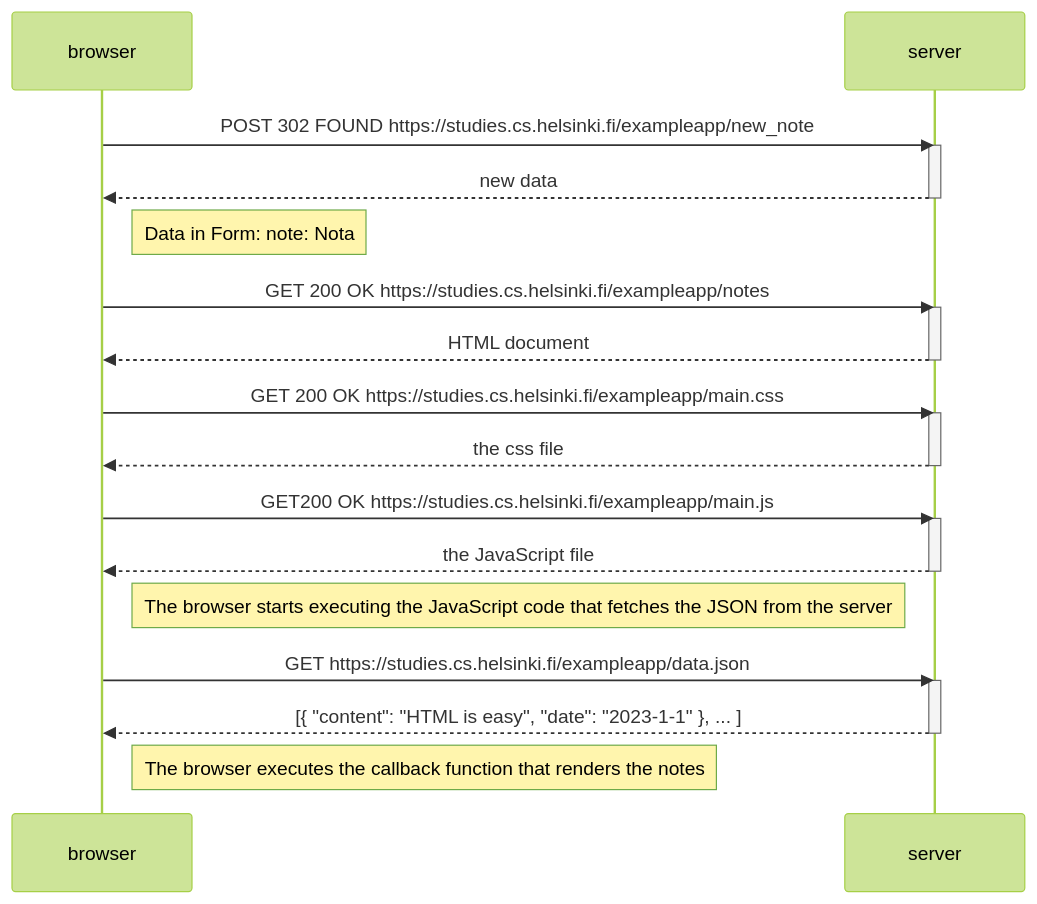
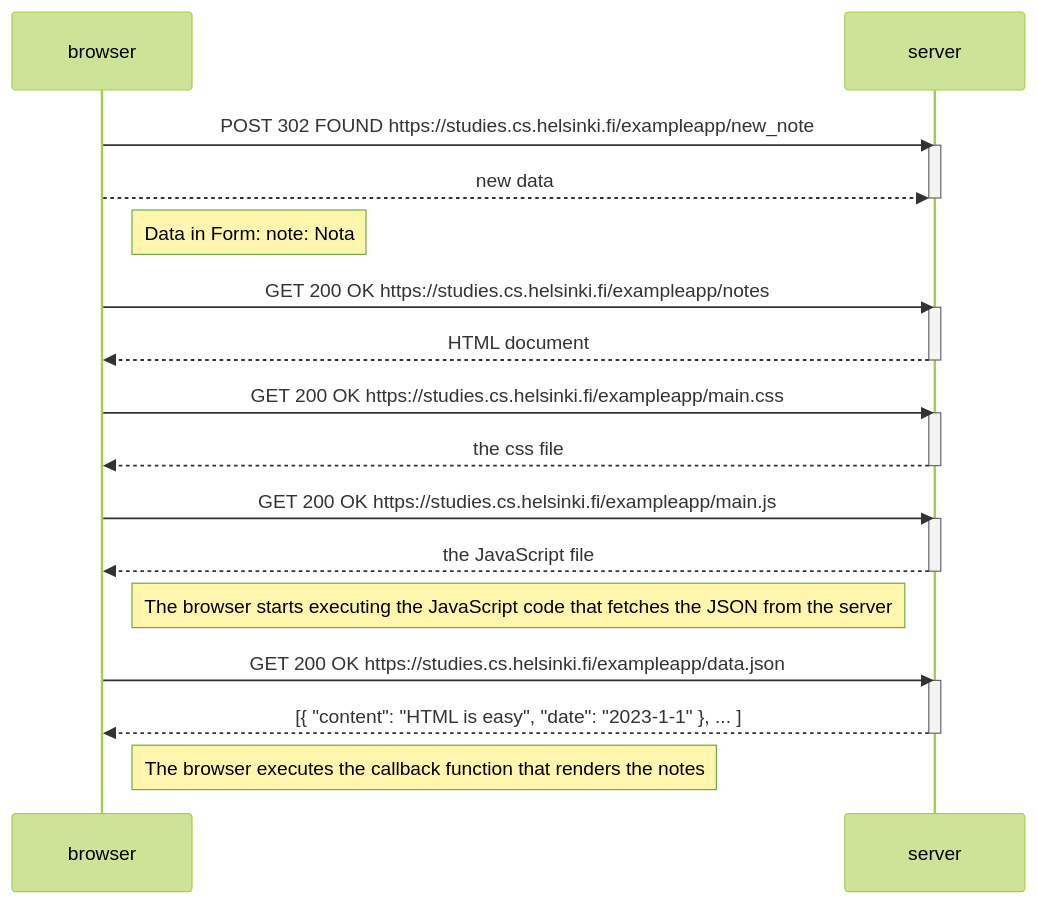
One commit to CarloselCIOR/part0 changed the first of 2 diagrams in README.md. Above: the diagram before and after it, drawn with Mermaid (forest theme). The commit also changed other lines of this file, not shown here.

````diff
--- a/README.md
+++ b/README.md
@@ -6,36 +6,36 @@
 ```mermaid
 sequenceDiagram
     participant browser
     participant server
 
     browser->>server: POST 302 FOUND https://studies.cs.helsinki.fi/exampleapp/new_note
     activate server
-    server-->>browser: new data
+    browser-->>server: new data
     deactivate server
 
     Note right of browser : Data in Form: note: Nota
 
     browser->>server: GET 200 OK https://studies.cs.helsinki.fi/exampleapp/notes
     activate server
     server-->>browser: HTML document
     deactivate server
 
     browser->>server: GET 200 OK https://studies.cs.helsinki.fi/exampleapp/main.css
     activate server
     server-->>browser: the css file
     deactivate server
 
-    browser->>server: GET200 OK https://studies.cs.helsinki.fi/exampleapp/main.js
+    browser->>server: GET 200 OK https://studies.cs.helsinki.fi/exampleapp/main.js
     activate server
     server-->>browser: the JavaScript file
     deactivate server
 
     Note right of browser: The browser starts executing the JavaScript code that fetches the JSON from the server
 
-    browser->>server: GET https://studies.cs.helsinki.fi/exampleapp/data.json
+    browser->>server: GET 200 OK https://studies.cs.helsinki.fi/exampleapp/data.json
     activate server
     server-->>browser: [{ "content": "HTML is easy", "date": "2023-1-1" }, ... ]
     deactivate server
 
     Note right of browser: The browser executes the callback function that renders the notes
 ```
````
